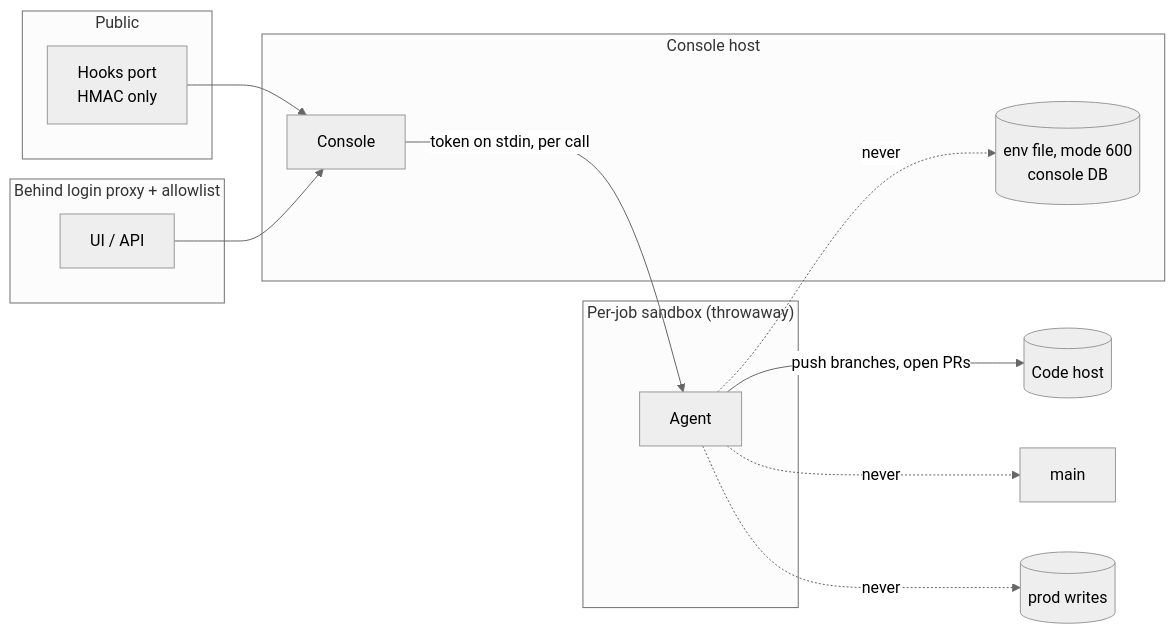
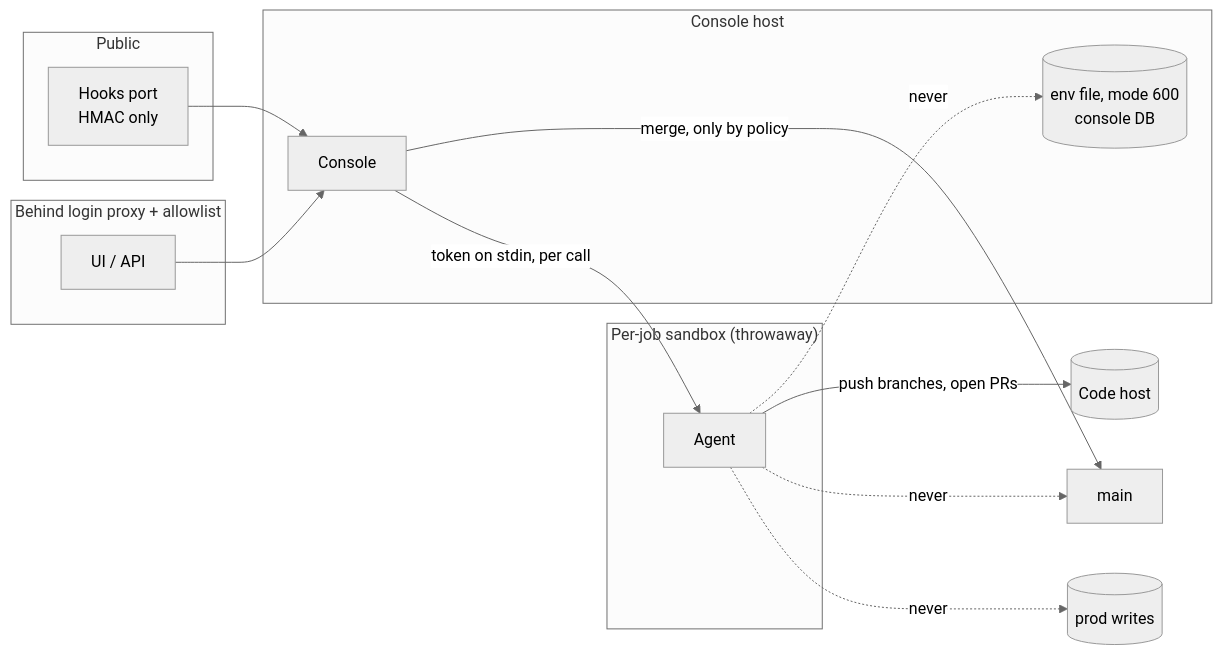
The first of 2 diagrams in docs/10-security-and-billing.md (alairock/agent-console-spec), drawn with Mermaid (neutral theme) before and after one commit. The commit also changed other lines of this file and 16 other files, not shown here.

````diff
--- a/docs/10-security-and-billing.md
+++ b/docs/10-security-and-billing.md
@@ -20,23 +21,24 @@
 ```mermaid
 flowchart LR
   subgraph Public
     H[Hooks port<br/>HMAC only]
   end
   subgraph Private["Behind login proxy + allowlist"]
     UI[UI / API]
   end
   subgraph CH0["Console host"]
     CON[Console]
     SEC[(env file, mode 600<br/>console DB)]
   end
   subgraph Sandbox["Per-job sandbox (throwaway)"]
     AG[Agent]
   end
   H --> CON
   UI --> CON
   CON -->|token on stdin, per call| AG
   AG -. never .-> SEC
   AG -->|push branches, open PRs| CH[(Code host)]
   AG -. never .-> MAIN[main]
+  CON -->|merge, only by policy| MAIN
   AG -. never .-> PROD[(prod writes)]
 ```
````
